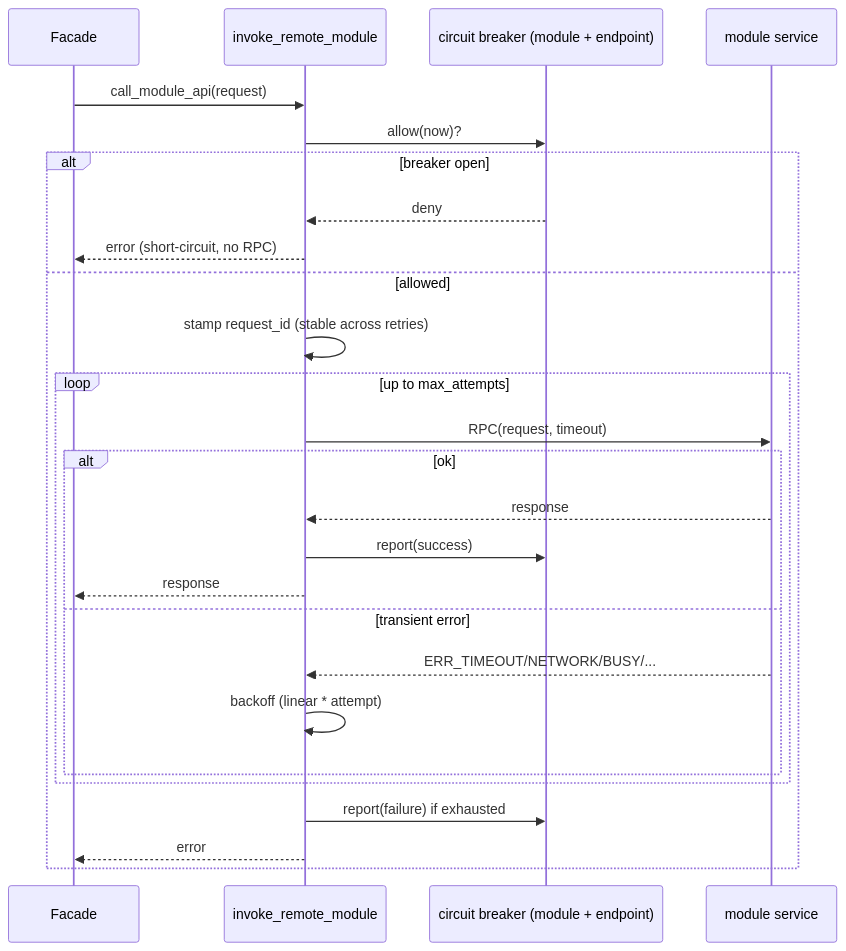
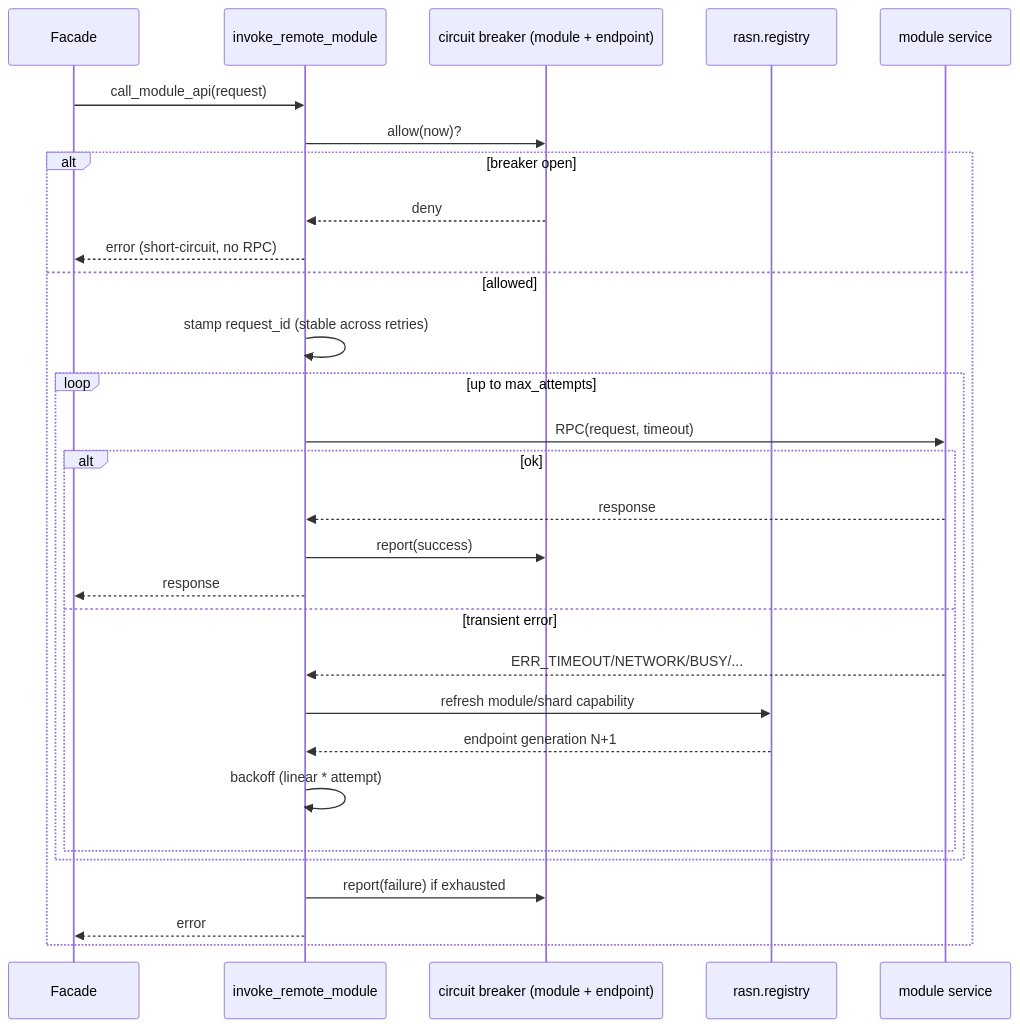
Before and after one commit to linmajia/rDSN: the second of 2 diagrams in src/plugins/rasn/docs/DISTRIBUTED_RUNTIME.md, drawn with Mermaid. The commit also changed other lines of this file and 27 other files, not shown here.

````diff
--- a/src/plugins/rasn/docs/DISTRIBUTED_RUNTIME.md
+++ b/src/plugins/rasn/docs/DISTRIBUTED_RUNTIME.md
@@ -368,29 +372,32 @@
 ```mermaid
 sequenceDiagram
     participant Facade
     participant Remote as invoke_remote_module
     participant Breaker as circuit breaker (module + endpoint)
+    participant Registry as rasn.registry
     participant Svc as module service
 
     Facade->>Remote: call_module_api(request)
     Remote->>Breaker: allow(now)?
     alt breaker open
         Breaker-->>Remote: deny
         Remote-->>Facade: error (short-circuit, no RPC)
     else allowed
         Remote->>Remote: stamp request_id (stable across retries)
         loop up to max_attempts
             Remote->>Svc: RPC(request, timeout)
             alt ok
                 Svc-->>Remote: response
                 Remote->>Breaker: report(success)
                 Remote-->>Facade: response
             else transient error
                 Svc-->>Remote: ERR_TIMEOUT/NETWORK/BUSY/...
+                Remote->>Registry: refresh module/shard capability
+                Registry-->>Remote: endpoint generation N+1
                 Remote->>Remote: backoff (linear * attempt)
             end
         end
         Remote->>Breaker: report(failure) if exhausted
         Remote-->>Facade: error
     end
 ```
````
